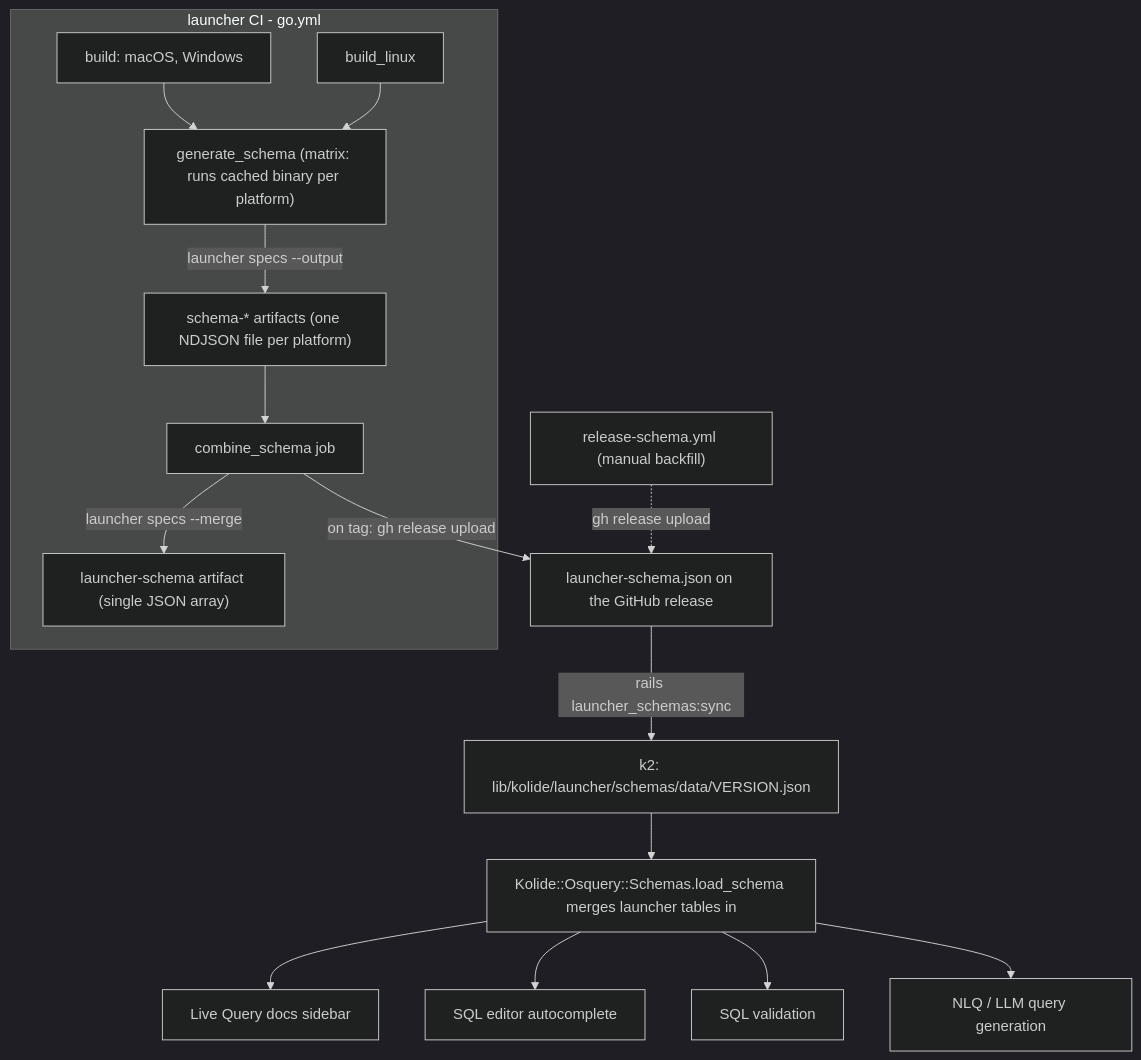
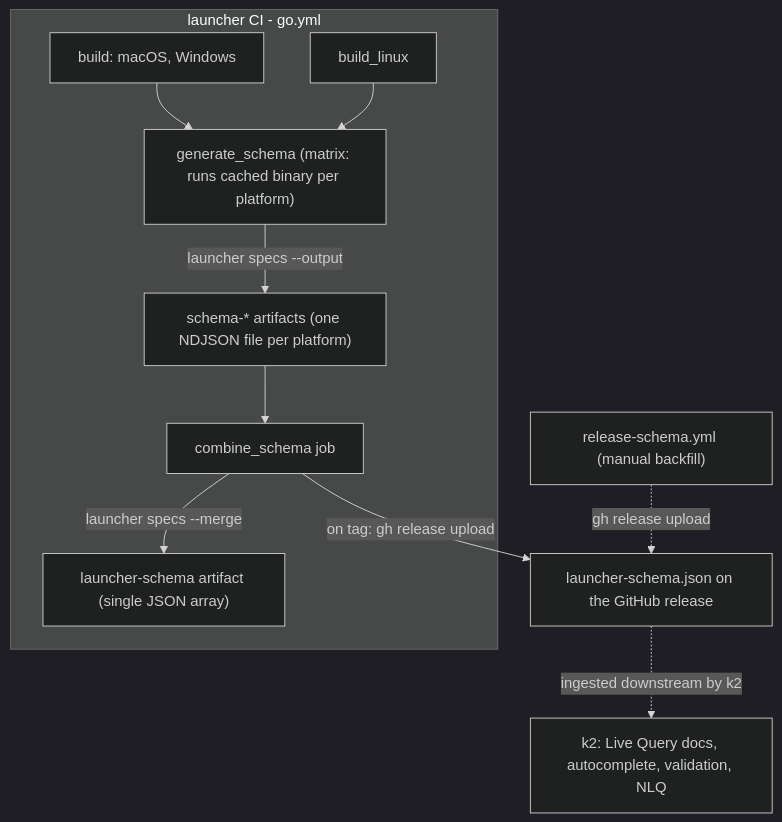
One commit to kolide/launcher changed the diagram in docs/architecture/table_schema_publishing.md. Above: the diagram before and after it, drawn with Mermaid (dark theme). The commit also changed other lines of this file and 1 other file, not shown here.

````diff
--- a/docs/architecture/table_schema_publishing.md
+++ b/docs/architecture/table_schema_publishing.md
@@ -27,18 +27,13 @@
 ```mermaid
 flowchart TD
     subgraph ci [launcher CI - go.yml]
         bd["build: macOS, Windows"] --> gs["generate_schema (matrix: runs cached binary per platform)"]
         bl["build_linux"] --> gs
         gs -->|"launcher specs --output"| sd["schema-* artifacts (one NDJSON file per platform)"]
         sd --> cj["combine_schema job"]
         cj -->|"launcher specs --merge"| lsj["launcher-schema artifact (single JSON array)"]
     end
     cj -->|"on tag: gh release upload"| ghr["launcher-schema.json on the GitHub release"]
     rw["release-schema.yml (manual backfill)"] -.->|"gh release upload"| ghr
-    ghr -->|"rails launcher_schemas:sync"| k2data["k2: lib/kolide/launcher/schemas/data/VERSION.json"]
-    k2data --> merge["Kolide::Osquery::Schemas.load_schema merges launcher tables in"]
-    merge --> docs["Live Query docs sidebar"]
-    merge --> ac["SQL editor autocomplete"]
-    merge --> val["SQL validation"]
-    merge --> nlq["NLQ / LLM query generation"]
+    ghr -.->|"ingested downstream by k2"| k2["k2: Live Query docs, autocomplete, validation, NLQ"]
 ```
````
